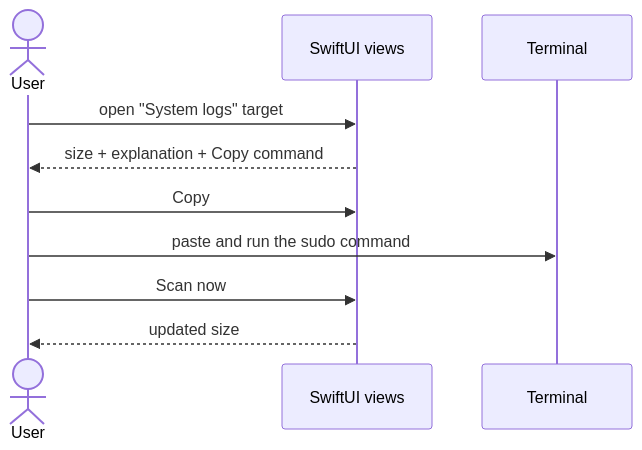
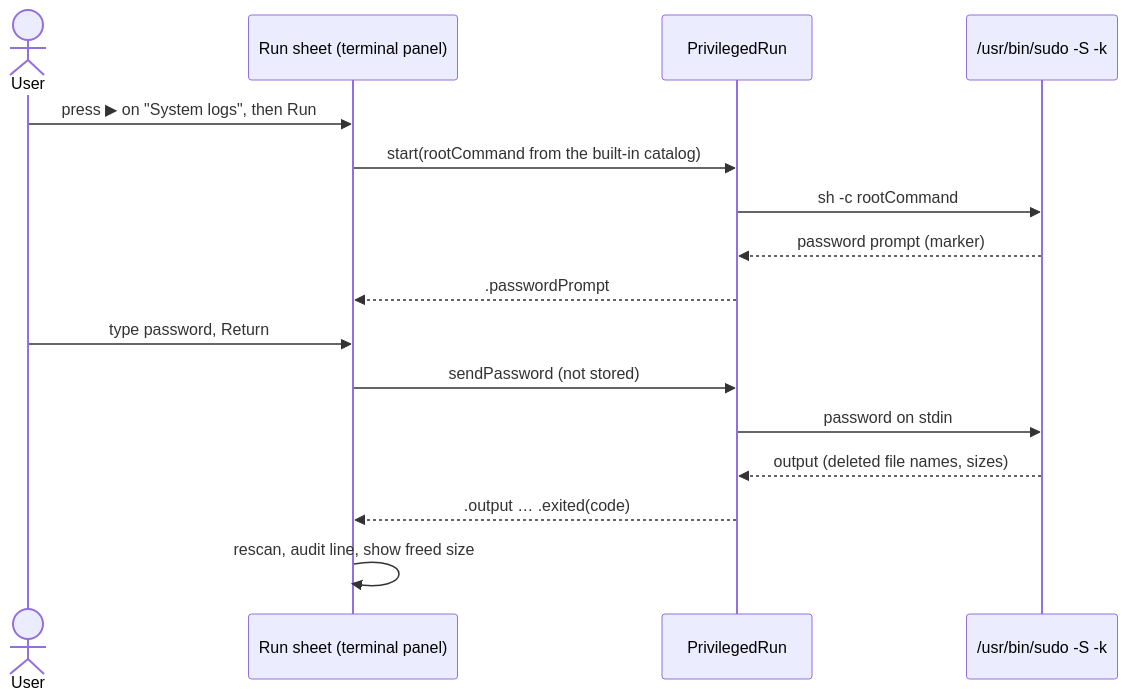
Before and after one commit to andreyabpaiva/tobias: the third of 5 diagrams in docs/SEQUENCES.md, drawn with Mermaid. The commit also changed other lines of this file and 16 other files, not shown here.

First line of the commit message:
Run System logs cleanup as administrator from the app

````diff
--- a/docs/SEQUENCES.md
+++ b/docs/SEQUENCES.md
@@ -69,12 +69,18 @@
 ```mermaid
 sequenceDiagram
   actor U as User
-  participant UI as SwiftUI views
-  participant T as Terminal
-  U->>UI: open "System logs" target
-  UI-->>U: size + explanation + Copy command
-  U->>UI: Copy
-  U->>T: paste and run the sudo command
-  U->>UI: Scan now
-  UI-->>U: updated size
+  participant UI as Run sheet (terminal panel)
+  participant P as PrivilegedRun
+  participant S as /usr/bin/sudo -S -k
+  U->>UI: press ▶︎ on "System logs", then Run
+  UI->>P: start(rootCommand from the built-in catalog)
+  P->>S: sh -c rootCommand
+  S-->>P: password prompt (marker)
+  P-->>UI: .passwordPrompt
+  U->>UI: type password, Return
+  UI->>P: sendPassword (not stored)
+  P->>S: password on stdin
+  S-->>P: output (deleted file names, sizes)
+  P-->>UI: .output … .exited(code)
+  UI->>UI: rescan, audit line, show freed size
 ```
````
